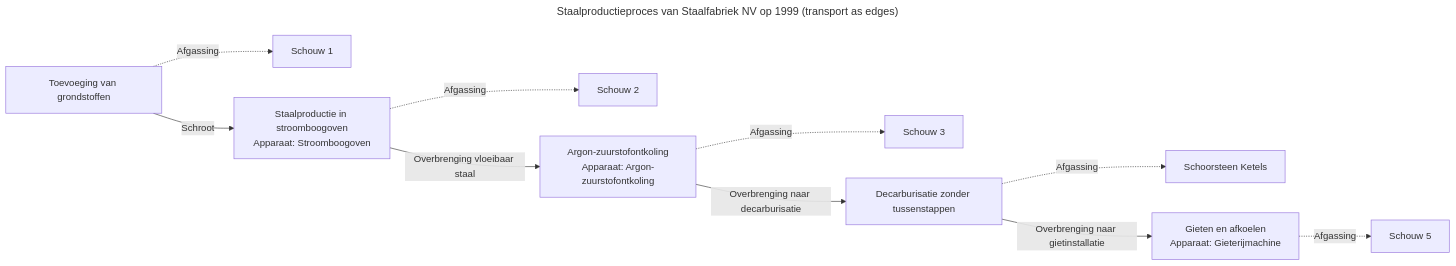
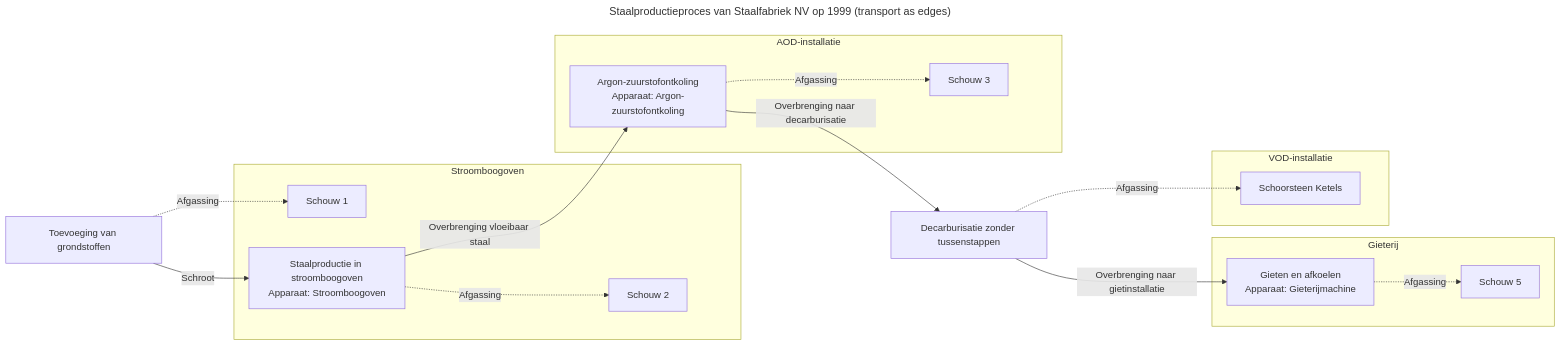
Before and after one commit to milieuinfo/RIE-IEPR: the diagram in documentatie/bin/activiteit-visualisatie/diagrams/0400123123_6851234567_ACTIVITEIT_1_VERSIE1999_proces_0400123123_6851234567_ACTIVITEIT_1_VERSIE1999_transport.mmd, drawn with Mermaid. The commit also changed 33 other files, not shown here.

```diff
--- a/documentatie/bin/activiteit-visualisatie/diagrams/0400123123_6851234567_ACTIVITEIT_1_VERSIE1999_proces_0400123123_6851234567_ACTIVITEIT_1_VERSIE1999_transport.mmd
+++ b/documentatie/bin/activiteit-visualisatie/diagrams/0400123123_6851234567_ACTIVITEIT_1_VERSIE1999_proces_0400123123_6851234567_ACTIVITEIT_1_VERSIE1999_transport.mmd
@@ -1,26 +1,38 @@
 ---
 title: "Staalproductieproces van Staalfabriek NV op 1999 (transport as edges)"
 ---
 flowchart LR
-proces_0400123123_6851234567_ACTIVITEIT_1_0001["Toevoeging van grondstoffen"]
+subgraph installatie_0400123123_6851234567_0000001["Stroomboogoven"]
 emissiepunt_0400123123_6851234567_0000001["Schouw 1"]
+emissiepunt_0400123123_6851234567_0000002["Schouw 2"]
 proces_0400123123_6851234567_ACTIVITEIT_1_0004["Staalproductie in stroomboogoven
 Apparaat: Stroomboogoven"]
-emissiepunt_0400123123_6851234567_0000002["Schouw 2"]
+end
+subgraph installatie_0400123123_6851234567_0000002["Gieterij"]
+emissiepunt_0400123123_6851234567_0000005["Schouw 5"]
+proces_0400123123_6851234567_ACTIVITEIT_1_0011["Gieten en afkoelen
+Apparaat: Gieterijmachine"]
+end
+subgraph installatie_0400123123_6851234567_0000003["VOD-installatie"]
+emissiepunt_0400123123_6851234567_0000004["Schoorsteen Ketels"]
+end
+subgraph installatie_0400123123_6851234567_0000004["AOD-installatie"]
+emissiepunt_0400123123_6851234567_0000003["Schouw 3"]
 proces_0400123123_6851234567_ACTIVITEIT_1_0007["Argon-zuurstofontkoling
 Apparaat: Argon-zuurstofontkoling"]
-emissiepunt_0400123123_6851234567_0000003["Schouw 3"]
+end
+proces_0400123123_6851234567_ACTIVITEIT_1_0001["Toevoeging van grondstoffen"]
 proces_0400123123_6851234567_ACTIVITEIT_1_0009_VERSIE1999["Decarburisatie zonder tussenstappen"]
-emissiepunt_0400123123_6851234567_0000004["Schoorsteen Ketels"]
-proces_0400123123_6851234567_ACTIVITEIT_1_0011["Gieten en afkoelen
-Apparaat: Gieterijmachine"]
-emissiepunt_0400123123_6851234567_0000005["Schouw 5"]
+installatie_0400123123_6851234567_0000001["Stroomboogoven"]
+installatie_0400123123_6851234567_0000002["Gieterij"]
+installatie_0400123123_6851234567_0000003["VOD-installatie"]
+installatie_0400123123_6851234567_0000004["AOD-installatie"]
 proces_0400123123_6851234567_ACTIVITEIT_1_0001 -- "Schroot" --> proces_0400123123_6851234567_ACTIVITEIT_1_0004
 proces_0400123123_6851234567_ACTIVITEIT_1_0004 -- "Overbrenging vloeibaar staal" --> proces_0400123123_6851234567_ACTIVITEIT_1_0007
 proces_0400123123_6851234567_ACTIVITEIT_1_0007 -- "Overbrenging naar decarburisatie" --> proces_0400123123_6851234567_ACTIVITEIT_1_0009_VERSIE1999
 proces_0400123123_6851234567_ACTIVITEIT_1_0009_VERSIE1999 -- "Overbrenging naar gietinstallatie" --> proces_0400123123_6851234567_ACTIVITEIT_1_0011
 proces_0400123123_6851234567_ACTIVITEIT_1_0001 -. "Afgassing" .-> emissiepunt_0400123123_6851234567_0000001
 proces_0400123123_6851234567_ACTIVITEIT_1_0004 -. "Afgassing" .-> emissiepunt_0400123123_6851234567_0000002
 proces_0400123123_6851234567_ACTIVITEIT_1_0007 -. "Afgassing" .-> emissiepunt_0400123123_6851234567_0000003
 proces_0400123123_6851234567_ACTIVITEIT_1_0009_VERSIE1999 -. "Afgassing" .-> emissiepunt_0400123123_6851234567_0000004
 proces_0400123123_6851234567_ACTIVITEIT_1_0011 -. "Afgassing" .-> emissiepunt_0400123123_6851234567_0000005
```
